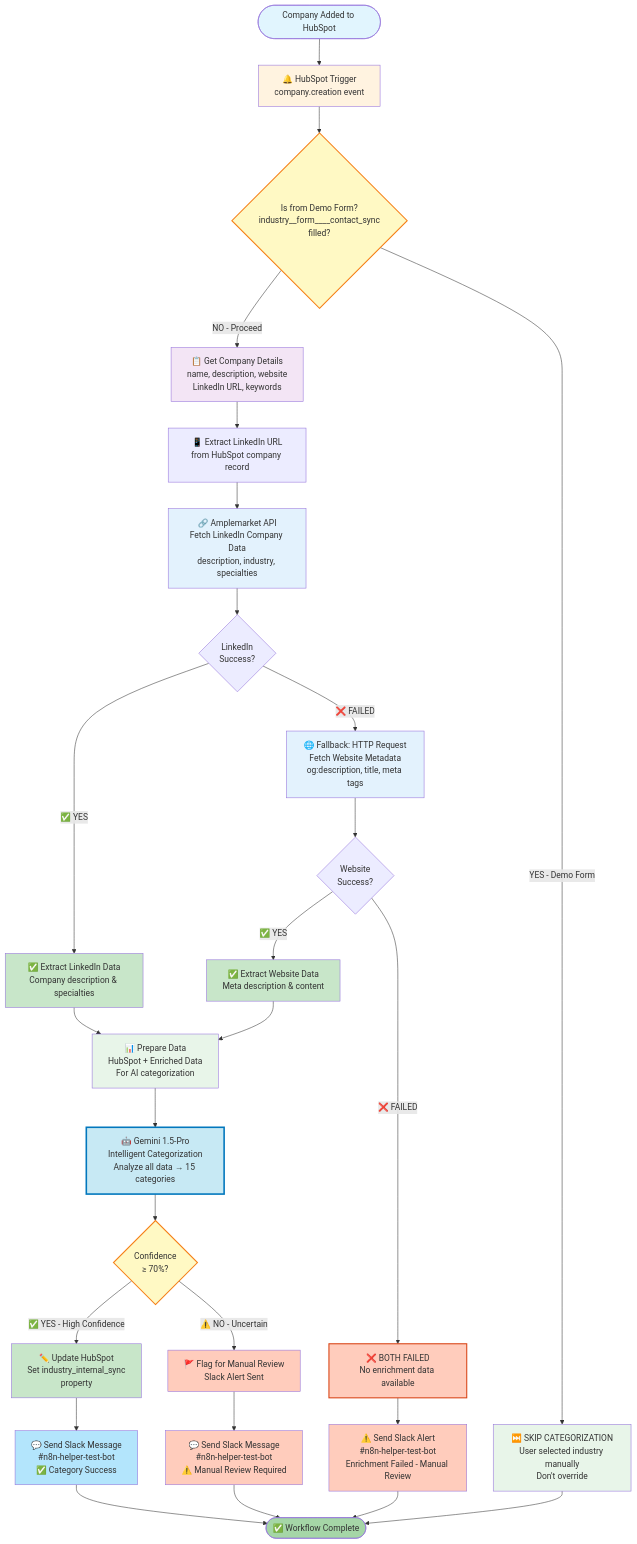
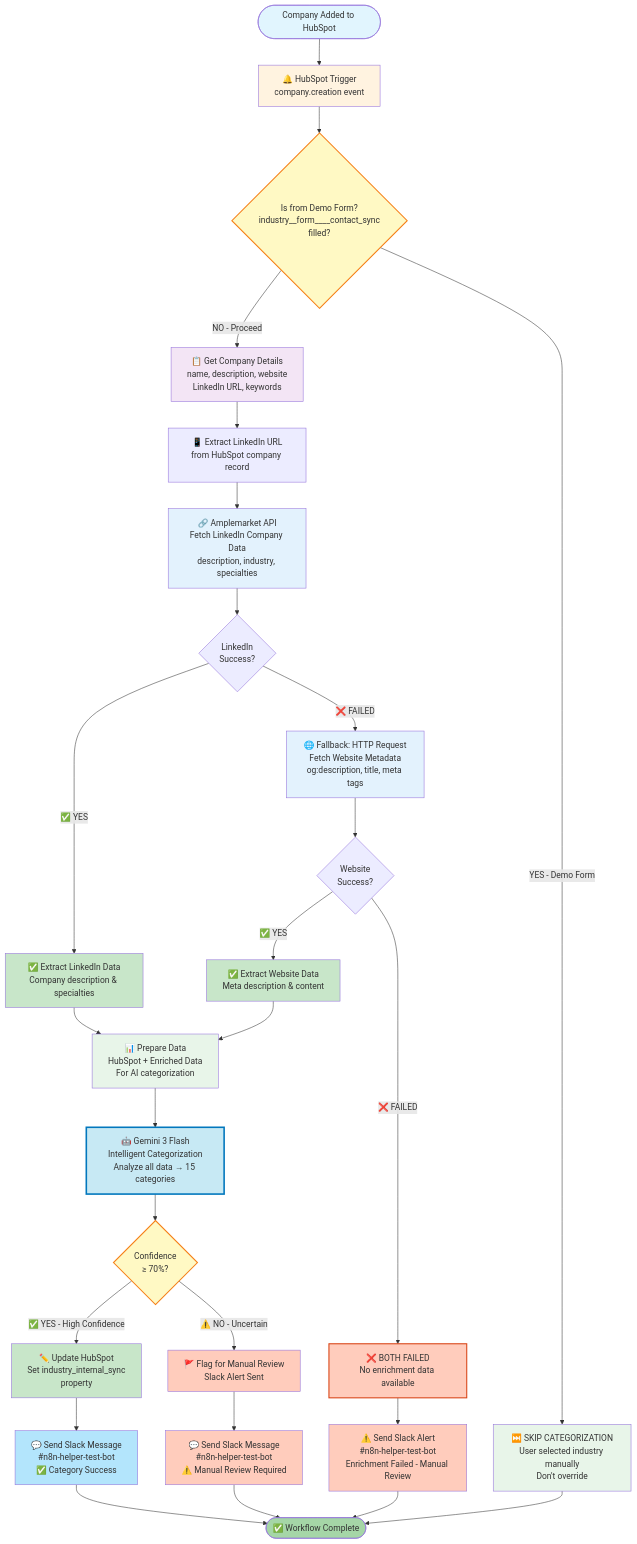
One commit to isaachasbani-legalfly/workflow-automations changed the diagram in workflows/hubspot-industry-categorization/architecture.mmd. Above: the diagram before and after it, drawn with Mermaid. The commit also changed 3 other files, not shown here.

First line of the commit message:
Update: Upgrade Gemini model to 3 Flash

```diff
--- a/workflows/hubspot-industry-categorization/architecture.mmd
+++ b/workflows/hubspot-industry-categorization/architecture.mmd
@@ -1,59 +1,59 @@
 flowchart TD
     Start([Company Added to HubSpot])
 
     Start --> Trigger["🔔 HubSpot Trigger<br/>company.creation event"]
     Trigger --> CheckDemo{"Is from Demo Form?<br/>industry__form____contact_sync<br/>filled?"}
 
     CheckDemo -->|YES - Demo Form| SkipFlow["⏭️ SKIP CATEGORIZATION<br/>User selected industry manually<br/>Don't override"]
     CheckDemo -->|NO - Proceed| GetDetails["📋 Get Company Details<br/>name, description, website<br/>LinkedIn URL, keywords"]
 
     GetDetails --> ExtractLinkedIn["📱 Extract LinkedIn URL<br/>from HubSpot company record"]
     ExtractLinkedIn --> LinkedInAPI["🔗 Amplemarket API<br/>Fetch LinkedIn Company Data<br/>description, industry, specialties"]
 
     LinkedInAPI --> LinkedInSuccess{LinkedIn<br/>Success?}
     LinkedInSuccess -->|✅ YES| MergeLinkedIn["✅ Extract LinkedIn Data<br/>Company description & specialties"]
     LinkedInSuccess -->|❌ FAILED| WebsiteAPI["🌐 Fallback: HTTP Request<br/>Fetch Website Metadata<br/>og:description, title, meta tags"]
 
     WebsiteAPI --> WebsiteSuccess{Website<br/>Success?}
     WebsiteSuccess -->|✅ YES| MergeWebsite["✅ Extract Website Data<br/>Meta description & content"]
     WebsiteSuccess -->|❌ FAILED| BothFailed["❌ BOTH FAILED<br/>No enrichment data available"]
 
     MergeLinkedIn --> PrepareData["📊 Prepare Data<br/>HubSpot + Enriched Data<br/>For AI categorization"]
     MergeWebsite --> PrepareData
 
     BothFailed --> SlackError["⚠️ Send Slack Alert<br/>#n8n-helper-test-bot<br/>Enrichment Failed - Manual Review"]
 
-    PrepareData --> Gemini["🤖 Gemini 1.5-Pro<br/>Intelligent Categorization<br/>Analyze all data → 15 categories"]
+    PrepareData --> Gemini["🤖 Gemini 3 Flash<br/>Intelligent Categorization<br/>Analyze all data → 15 categories"]
 
     Gemini --> ValidateCat{Confidence<br/>≥ 70%?}
 
     ValidateCat -->|✅ YES - High Confidence| Update["✏️ Update HubSpot<br/>Set industry_internal_sync<br/>property"]
     ValidateCat -->|⚠️ NO - Uncertain| ManualReview["🚩 Flag for Manual Review<br/>Slack Alert Sent"]
 
     Update --> NotifySuccess["💬 Send Slack Message<br/>#n8n-helper-test-bot<br/>✅ Category Success"]
     ManualReview --> NotifyManual["💬 Send Slack Message<br/>#n8n-helper-test-bot<br/>⚠️ Manual Review Required"]
 
     NotifySuccess --> Complete(["✅ Workflow Complete"])
     NotifyManual --> Complete
     SlackError --> Complete
     SkipFlow --> Complete
 
     style Start fill:#e1f5fe
     style Trigger fill:#fff3e0
     style CheckDemo fill:#fff9c4,stroke:#f57f17,stroke-width:2px
     style SkipFlow fill:#e8f5e9
     style GetDetails fill:#f3e5f5
     style LinkedInAPI fill:#e3f2fd
     style WebsiteAPI fill:#e3f2fd
     style BothFailed fill:#ffccbc,stroke:#d84315,stroke-width:2px
     style MergeLinkedIn fill:#c8e6c9
     style MergeWebsite fill:#c8e6c9
     style PrepareData fill:#e8f5e9
     style Gemini fill:#c7e9f4,stroke:#0277bd,stroke-width:3px
     style ValidateCat fill:#fff9c4,stroke:#f57f17,stroke-width:2px
     style Update fill:#c8e6c9
     style ManualReview fill:#ffccbc
     style NotifySuccess fill:#b3e5fc
     style NotifyManual fill:#ffccbc
     style SlackError fill:#ffccbc
     style Complete fill:#a5d6a7
```
